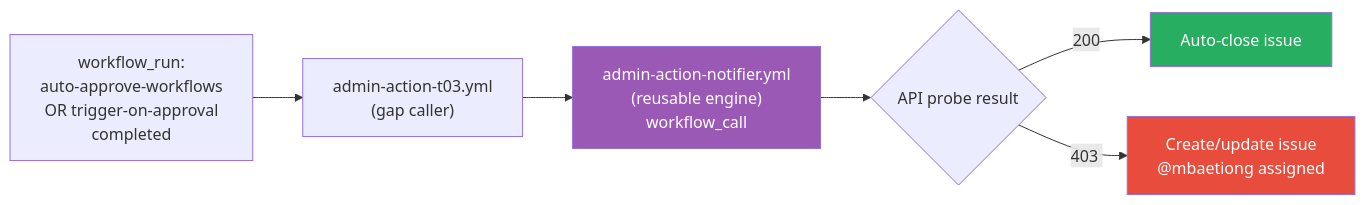
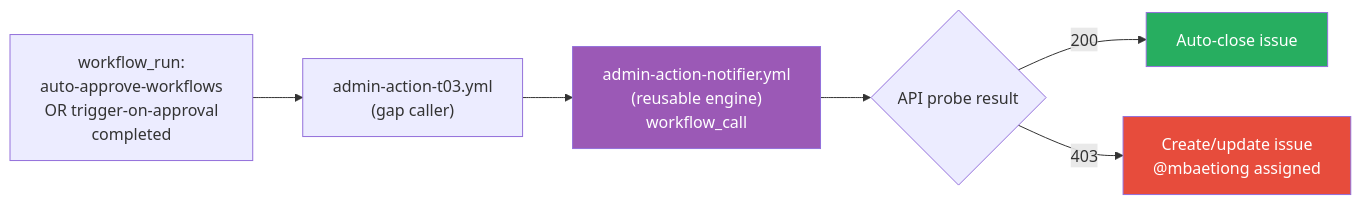
The second of 9 diagrams in docs/roadmap/PR4346_whats_next.md (Aries-Serpent/_codex_), drawn with Mermaid before and after one commit. The commit also changed other lines of this file and 4117 other files, not shown here.

````diff
--- a/docs/roadmap/PR4346_whats_next.md
+++ b/docs/roadmap/PR4346_whats_next.md
@@ -228,13 +234,19 @@
 ```mermaid
 %%{init: {'accessibility': {'title': 'Flowchart showing "workflow_run:\nauto-approve-workflows\nOR trigger-on-approval\ncompleted", "admin-action-t03.yml\n(gap caller)"'}}%%
+
 flowchart LR
-    TRIGGER["workflow_run:\nauto-approve-workflows\nOR trigger-on-approval\ncompleted"] --> CALLER
-    CALLER["admin-action-t03.yml\n(gap caller)"] --> ENGINE
-    ENGINE["admin-action-notifier.yml\n(reusable engine)\nworkflow_call"] --> PROBE
-    PROBE{API probe result}
-    PROBE -- "200 " --> CLOSE["Auto-close issue"]
-    PROBE -- "403 ️" --> OPEN["Create/update issue\n@mbaetiong assigned"]
-    style ENGINE fill:#9b59b6,color:#fff
-    style CLOSE fill:#27ae60,color:#fff
-    style OPEN fill:#e74c3c,color:#fff
+
+ TRIGGER["workflow_run:\nauto-approve-workflows\nOR trigger-on-approval\ncompleted"] --> CALLER
+
+ CALLER["admin-action-t03.yml\n(gap caller)"] --> ENGINE
+
+ ENGINE["admin-action-notifier.yml\n(reusable engine)\nworkflow_call"] --> PROBE
+ PROBE{API probe result}
+
+ PROBE -- "200 " --> CLOSE["Auto-close issue"]
+
+ PROBE -- "403 " --> OPEN["Create/update issue\n@mbaetiong assigned"]
+ style ENGINE fill:#9b59b6,color:#fff
+ style CLOSE fill:#27ae60,color:#fff
+ style OPEN fill:#e74c3c,color:#fff
 ```
````
